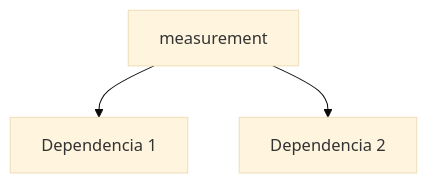
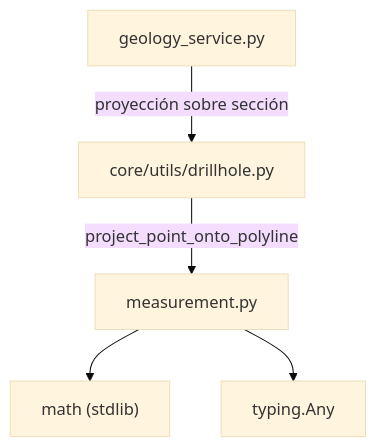
Before and after one commit to geociencio/sec_interp: the diagram in docs/code_walkthrough_v2/measurement.md, drawn with Mermaid (base theme). The commit also changed other lines of this file and 99 other files, not shown here.

````diff
--- a/docs/code_walkthrough_v2/measurement.md
+++ b/docs/code_walkthrough_v2/measurement.md
@@ -40,6 +45,12 @@
 ```mermaid
 graph TD
-    A["measurement"]
-    A --> B["Dependencia 1"]
-    A --> C["Dependencia 2"]
+    M["measurement.py"]
+    M --> MATH["math (stdlib)"]
+    M --> TYPING["typing.Any"]
+
+    DH["core/utils/drillhole.py"]
+    DH -->|"project_point_onto_polyline"| M
+
+    GEO["geology_service.py"]
+    GEO -->|"proyección sobre sección"| DH
 ```
````
